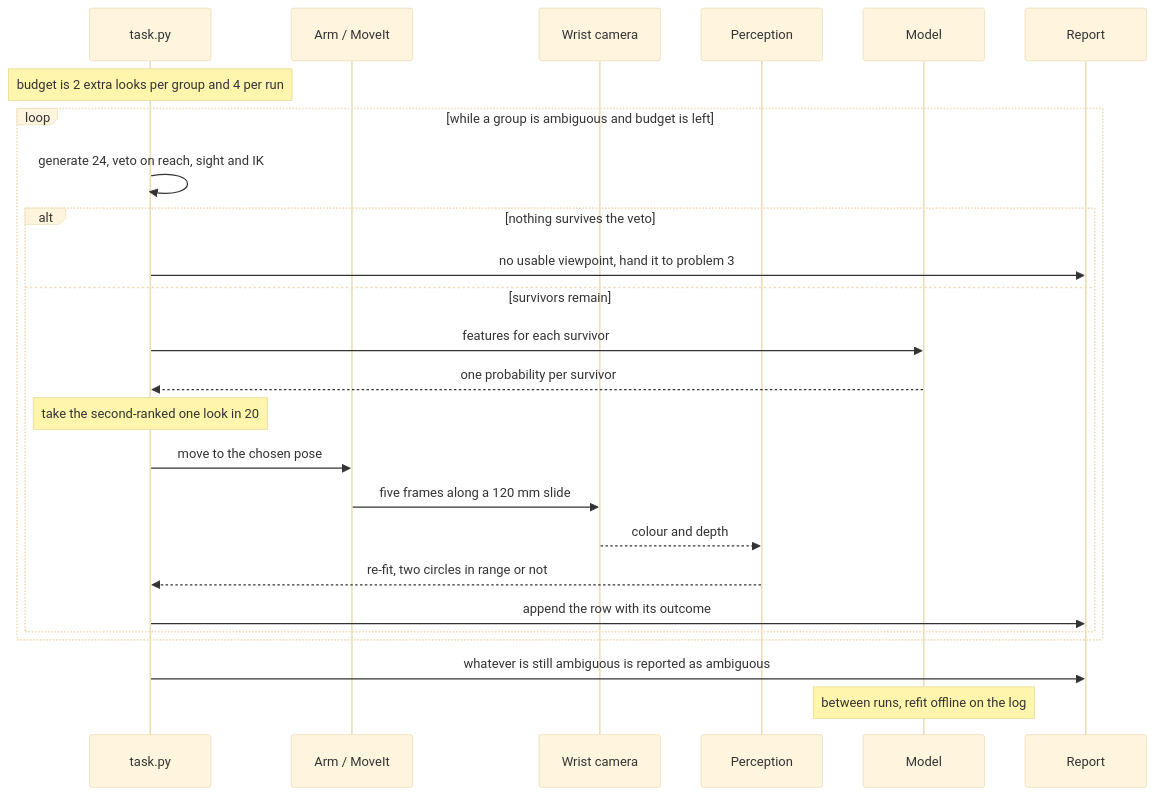
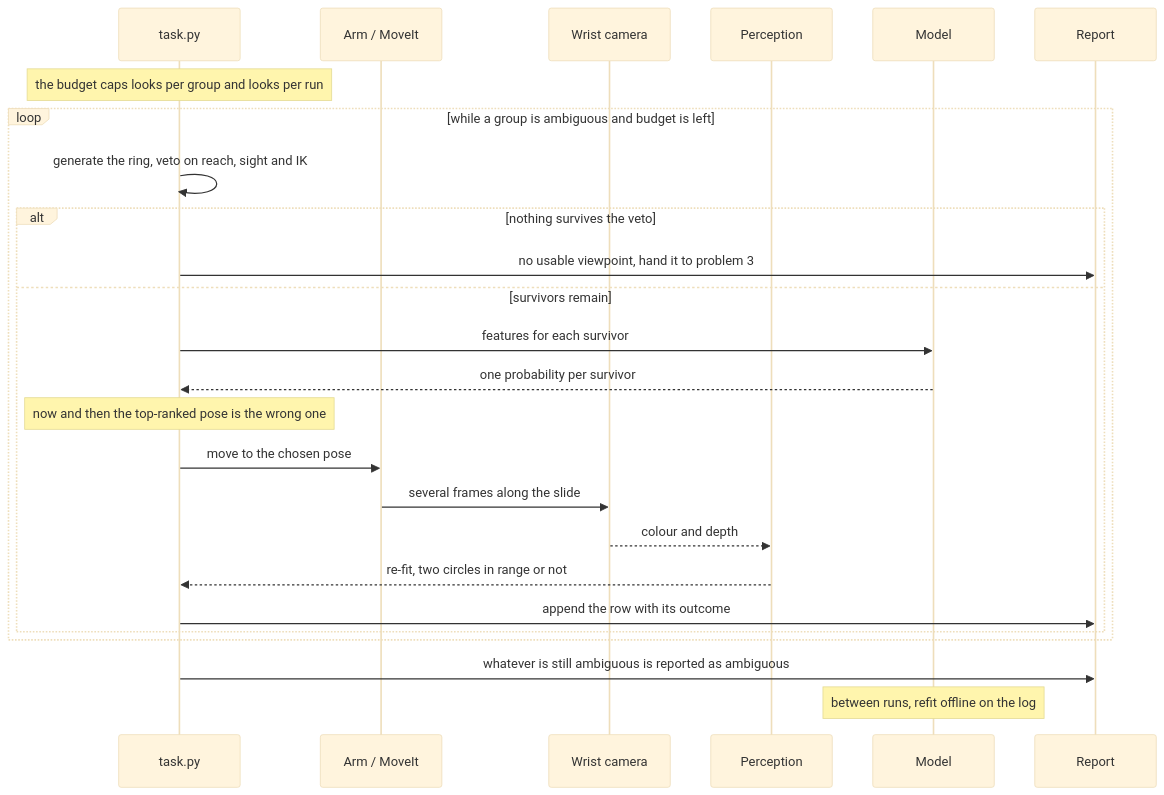
The second of 3 diagrams in v5-pick-glasses/docs/problem-2/solutions/06-learn-which-viewpoints-pay-off.md (RobinNagpal/robot-arm-projects), drawn with Mermaid (base theme) before and after one commit. The commit also changed other lines of this file, not shown here.

````diff
--- a/v5-pick-glasses/docs/problem-2/solutions/06-learn-which-viewpoints-pay-off.md
+++ b/v5-pick-glasses/docs/problem-2/solutions/06-learn-which-viewpoints-pay-off.md
@@ -343,27 +356,27 @@
 ```mermaid
 sequenceDiagram
     participant T as task.py
     participant A as Arm / MoveIt
     participant C as Wrist camera
     participant P as Perception
     participant M as Model
     participant R as Report
-    Note over T: budget is 2 extra looks per group and 4 per run
+    Note over T: the budget caps looks per group and looks per run
     loop while a group is ambiguous and budget is left
-        T->>T: generate 24, veto on reach, sight and IK
+        T->>T: generate the ring, veto on reach, sight and IK
         alt nothing survives the veto
             T->>R: no usable viewpoint, hand it to problem 3
         else survivors remain
             T->>M: features for each survivor
             M-->>T: one probability per survivor
-            Note over T: take the second-ranked one look in 20
+            Note over T: now and then the top-ranked pose is the wrong one
             T->>A: move to the chosen pose
-            A->>C: five frames along a 120 mm slide
+            A->>C: several frames along the slide
             C-->>P: colour and depth
             P-->>T: re-fit, two circles in range or not
             T->>R: append the row with its outcome
         end
     end
     T->>R: whatever is still ambiguous is reported as ambiguous
     Note over M: between runs, refit offline on the log
 ```
````
